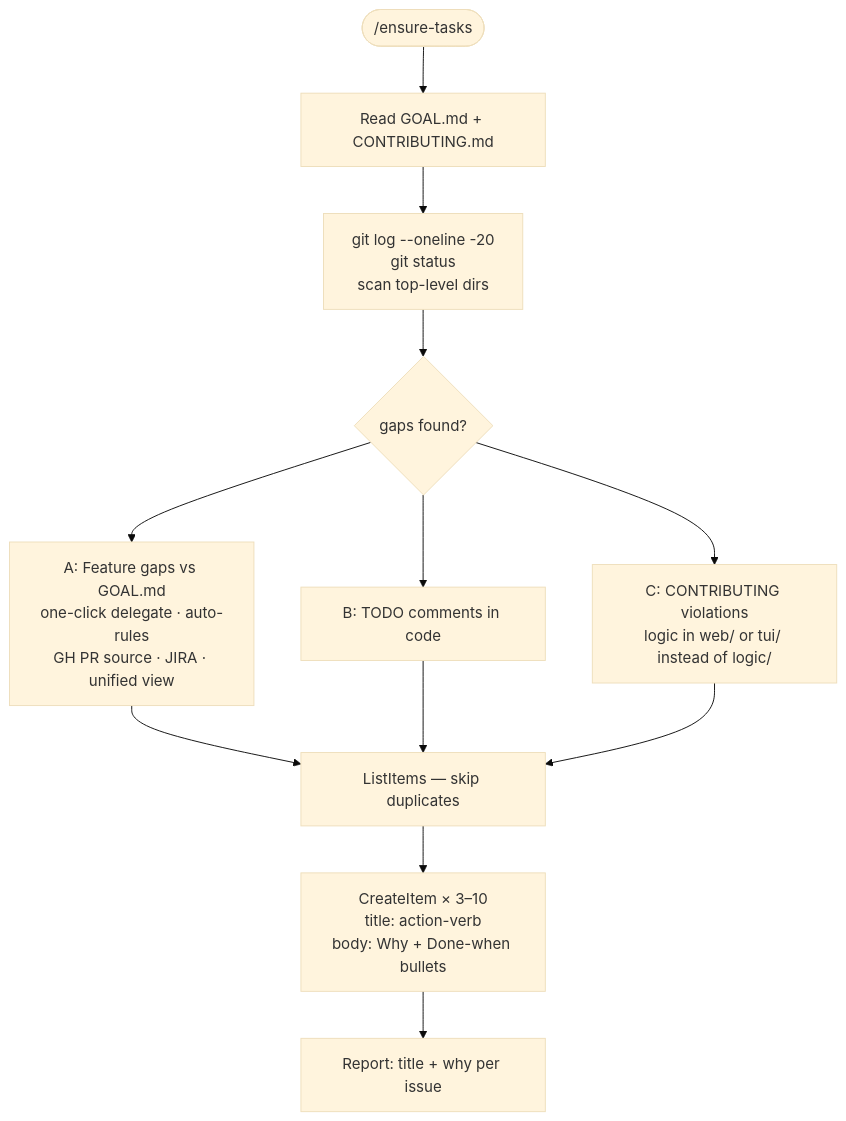
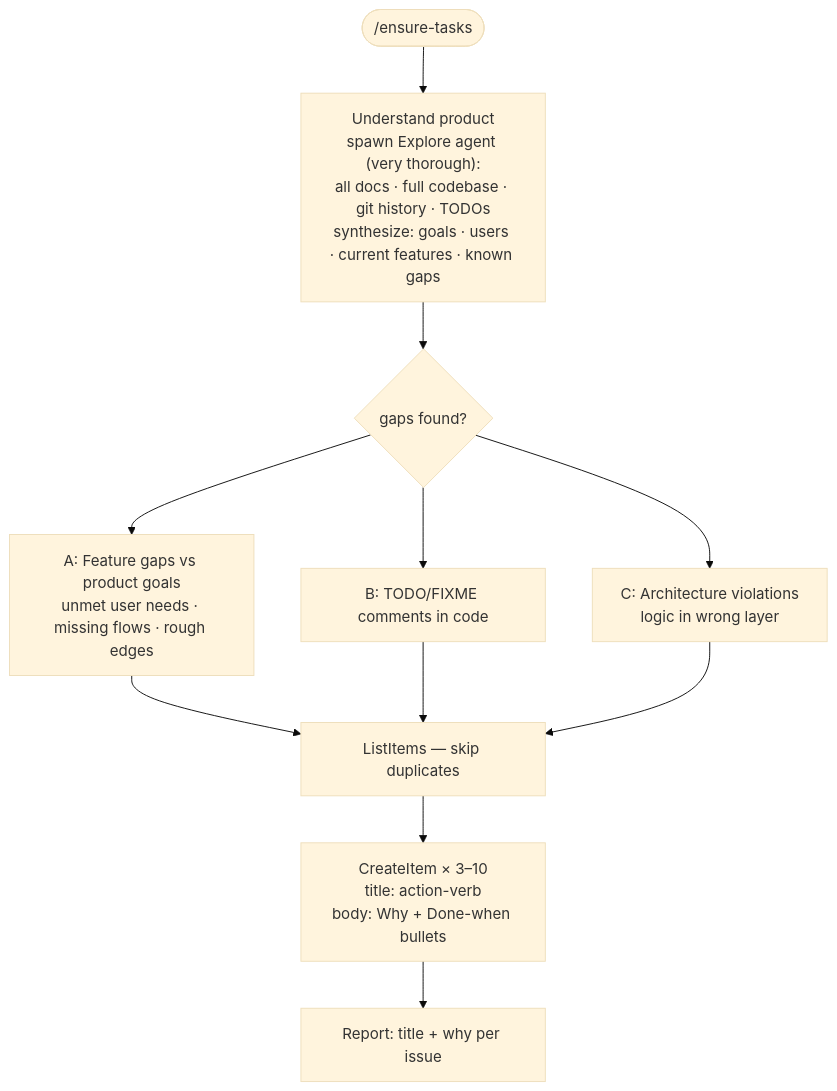
One commit to ameliso-io/mcp changed the diagram in .claude/skills/ensure-tasks/SKILL.md. Above: the diagram before and after it, drawn with Mermaid (base theme). The commit also changed other lines of this file, not shown here.

Commit message:
refactor(ensure-tasks): replace static file reads with deep product exploration

````diff
--- a/.claude/skills/ensure-tasks/SKILL.md
+++ b/.claude/skills/ensure-tasks/SKILL.md
@@ -8,14 +8,13 @@
 ```mermaid
 flowchart TD
-    A([/ensure-tasks]) --> B[Read GOAL.md + CONTRIBUTING.md]
-    B --> C["git log --oneline -20<br>git status<br>scan top-level dirs"]
-    C --> D{gaps found?}
+    A([/ensure-tasks]) --> B["Understand product<br>spawn Explore agent (very thorough):<br>all docs · full codebase · git history · TODOs<br>synthesize: goals · users · current features · known gaps"]
+    B --> D{gaps found?}
 
-    D --> E["A: Feature gaps vs GOAL.md<br>one-click delegate · auto-rules<br>GH PR source · JIRA · unified view"]
-    D --> F[B: TODO comments in code]
-    D --> G["C: CONTRIBUTING violations<br>logic in web/ or tui/ instead of logic/"]
+    D --> E["A: Feature gaps vs product goals<br>unmet user needs · missing flows · rough edges"]
+    D --> F[B: TODO/FIXME comments in code]
+    D --> G["C: Architecture violations<br>logic in wrong layer"]
 
     E & F & G --> H[ListItems — skip duplicates]
     H --> I["CreateItem × 3–10<br>title: action-verb<br>body: Why + Done-when bullets"]
     I --> J[Report: title + why per issue]
 ```
````
